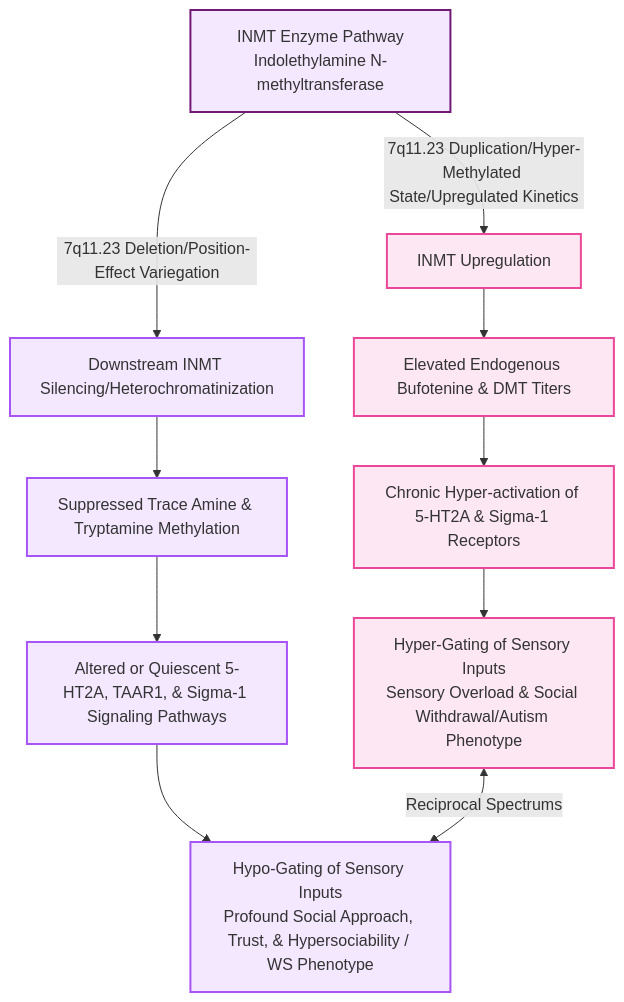
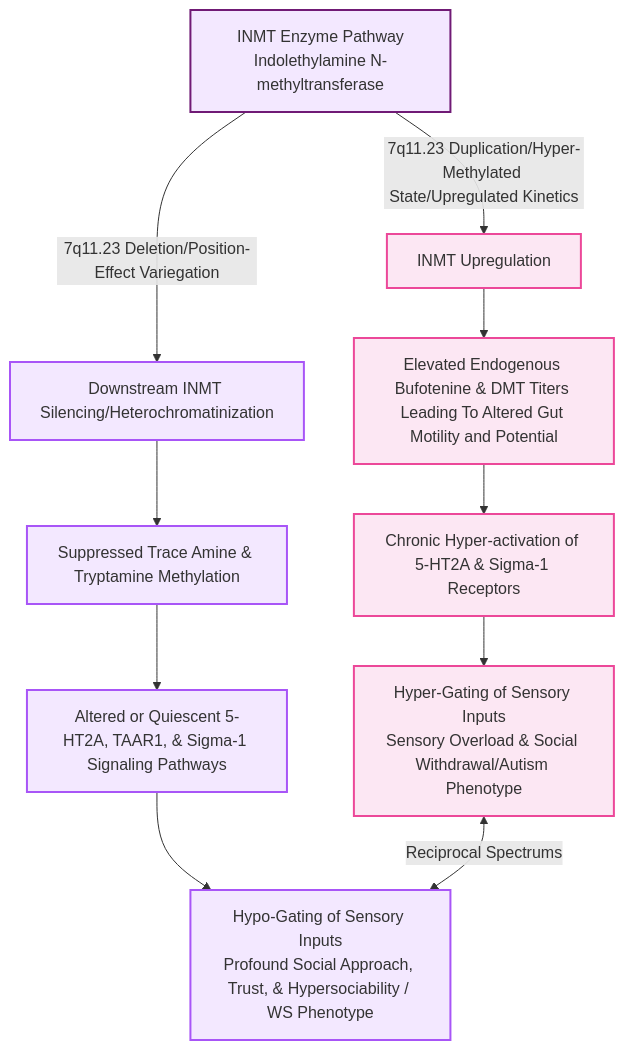
Before and after one commit to curiousquantumelephant777/Endogenous-Psychedelic-States-ASD-WS-Theory: the diagram in genomic-hypotheses/inmt-axis-asd-ws.md, drawn with Mermaid. The commit also changed other lines of this file, not shown here.

Commit message:
Clarify INMT locus hypothesis related to autism and reframe INMT signaling as related to gut motility differences

````diff
--- a/genomic-hypotheses/inmt-axis-asd-ws.md
+++ b/genomic-hypotheses/inmt-axis-asd-ws.md
@@ -4,25 +9,25 @@
 ```mermaid
 graph TD
     %% Define Warm Custom Styles
     classDef autism fill:#fce7f3,stroke:#ec4899,stroke-width:2px;
     classDef ws fill: #f3e8ff,stroke:#a855f7,stroke-width:2px;
     classDef center fill:#f3e8ff,stroke:#701a75,stroke-width:2px;
 
     %% Central Node
     Start[INMT Enzyme Pathway<br>Indolethylamine N-methyltransferase]:::center
 
     %% Autism Branch (Soft Purple)
     Start -->|7q11.23 Duplication/Hyper-Methylated State/Upregulated Kinetics| AutLocus[INMT Upregulation]:::autism
-    AutLocus --> AutChem[Elevated Endogenous Bufotenine & DMT Titers]:::autism
+    AutLocus --> AutChem[Elevated Endogenous Bufotenine & DMT Titers Leading To Altered Gut Motility and Potential ]:::autism
     AutChem --> AutRec[Chronic Hyper-activation of 5-HT2A & Sigma-1 Receptors]:::autism
     AutRec --> AutBeh[Hyper-Gating of Sensory Inputs<br>Sensory Overload & Social Withdrawal/Autism Phenotype]:::autism
 
     %% Williams Syndrome Branch (Warm Pink)
     Start -->|7q11.23 Deletion/Position-Effect Variegation| WSLocus[Downstream INMT Silencing/Heterochromatinization]:::ws
     WSLocus --> WSChem[Suppressed Trace Amine & Tryptamine Methylation]:::ws
     WSChem --> WSRec[Altered or Quiescent 5-HT2A, TAAR1, & Sigma-1 Signaling Pathways]:::ws
     WSRec --> WSBeh[Hypo-Gating of Sensory Inputs<br>Profound Social Approach, Trust, & Hypersociability / WS Phenotype]:::ws
 
     %% Comparative Link
     AutBeh <-->|Reciprocal Spectrums| WSBeh
 ```
````
